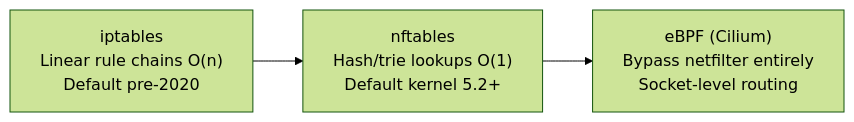
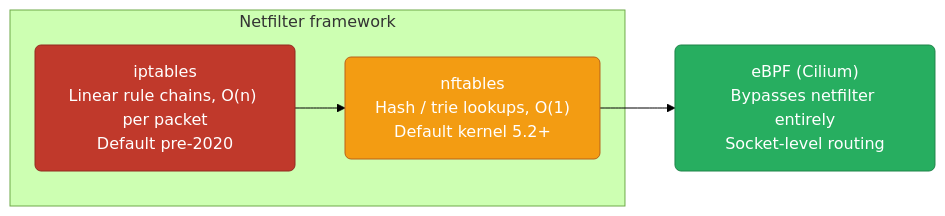
The fourth of 6 diagrams in networking/linux-networking.md (deepanshu-rawat6/DevOpsIndex), drawn with Mermaid (forest theme) before and after one commit. The commit also changed other lines of this file and 8 other files, not shown here.

````diff
--- a/networking/linux-networking.md
+++ b/networking/linux-networking.md
@@ -106,6 +225,11 @@
 ```mermaid
 graph LR
-    OLD["iptables<br>Linear rule chains O(n)<br>Default pre-2020"] --> NFT
-    NFT["nftables<br>Hash/trie lookups O(1)<br>Default kernel 5.2+"] --> EBPF2
-    EBPF2["eBPF (Cilium)<br>Bypass netfilter entirely<br>Socket-level routing"]
+    classDef old fill:#c0392b,stroke:#922b21,color:#fff,rx:6
+    classDef mid fill:#f39c12,stroke:#ba6018,color:#fff,rx:6
+    classDef new fill:#27ae60,stroke:#1e8449,color:#fff,rx:6
+
+    subgraph NF["Netfilter framework"]
+        OLD["iptables<br/>Linear rule chains, O(n) per packet<br/>Default pre-2020"]:::old --> NFT["nftables<br/>Hash / trie lookups, O(1)<br/>Default kernel 5.2+"]:::mid
+    end
+    NFT --> EBPF2["eBPF (Cilium)<br/>Bypasses netfilter entirely<br/>Socket-level routing"]:::new
 ```
````
